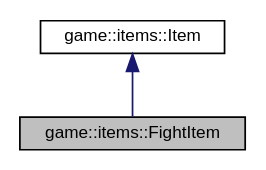
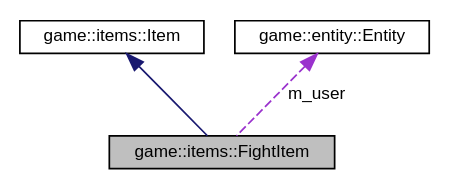
One commit to Wisteca/FilRougeDoc changed the diagram in classgame_1_1items_1_1_fight_item__coll__graph.dot. Above: the diagram before and after it, drawn with Graphviz. The commit also changed 191 other files, not shown here.

```diff
--- a/classgame_1_1items_1_1_fight_item__coll__graph.dot
+++ b/classgame_1_1items_1_1_fight_item__coll__graph.dot
@@ -1,9 +1,11 @@
 digraph "game::items::FightItem"
 {
  // LATEX_PDF_SIZE
   edge [fontname="Helvetica",fontsize="10",labelfontname="Helvetica",labelfontsize="10"];
   node [fontname="Helvetica",fontsize="10",shape=record];
-  Node1 [label="game::items::FightItem",height=0.2,width=0.4,color="black", fillcolor="grey75", style="filled", fontcolor="black",tooltip=" "];
+  Node1 [label="game::items::FightItem",height=0.2,width=0.4,color="black", fillcolor="grey75", style="filled", fontcolor="black",tooltip="A FightItem is an object that has a role in combat."];
   Node2 -> Node1 [dir="back",color="midnightblue",fontsize="10",style="solid",fontname="Helvetica"];
-  Node2 [label="game::items::Item",height=0.2,width=0.4,color="black", fillcolor="white", style="filled",URL="$classgame_1_1items_1_1_item.html",tooltip=" "];
+  Node2 [label="game::items::Item",height=0.2,width=0.4,color="black", fillcolor="white", style="filled",URL="$classgame_1_1items_1_1_item.html",tooltip="An item is an object an entity can own and use."];
+  Node3 -> Node1 [dir="back",color="darkorchid3",fontsize="10",style="dashed",label=" m_user" ,fontname="Helvetica"];
+  Node3 [label="game::entity::Entity",height=0.2,width=0.4,color="black", fillcolor="white", style="filled",URL="$classgame_1_1entity_1_1_entity.html",tooltip=" "];
 }
```
